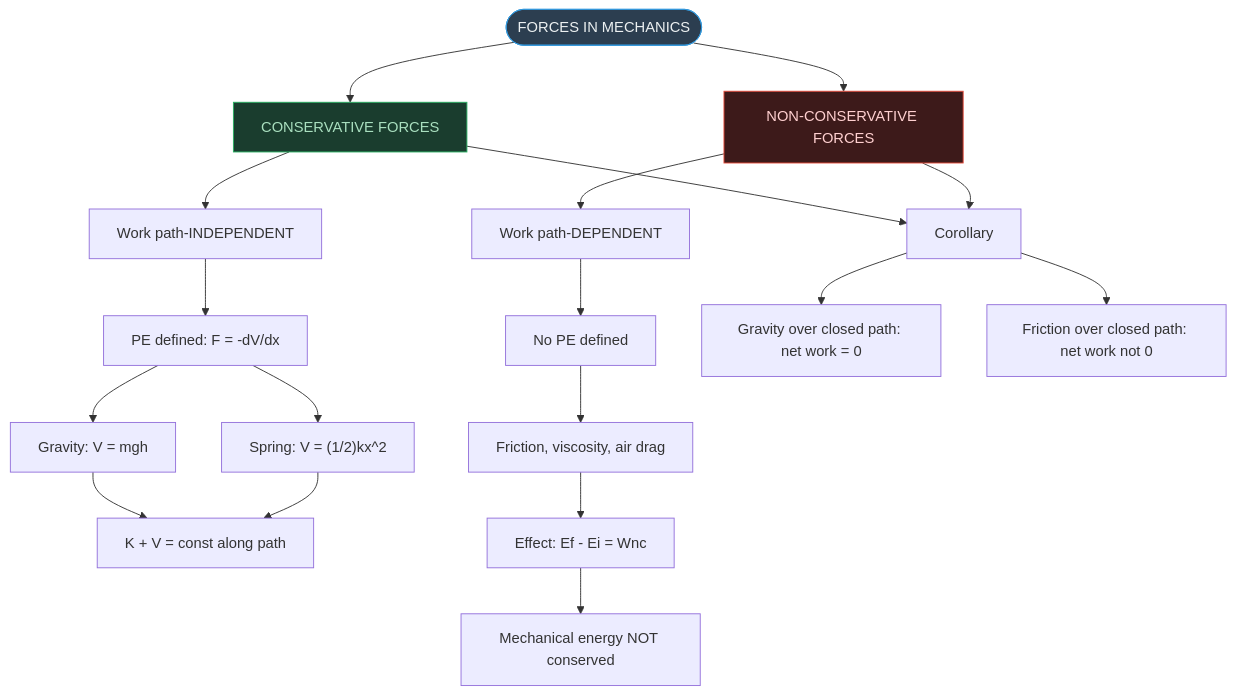
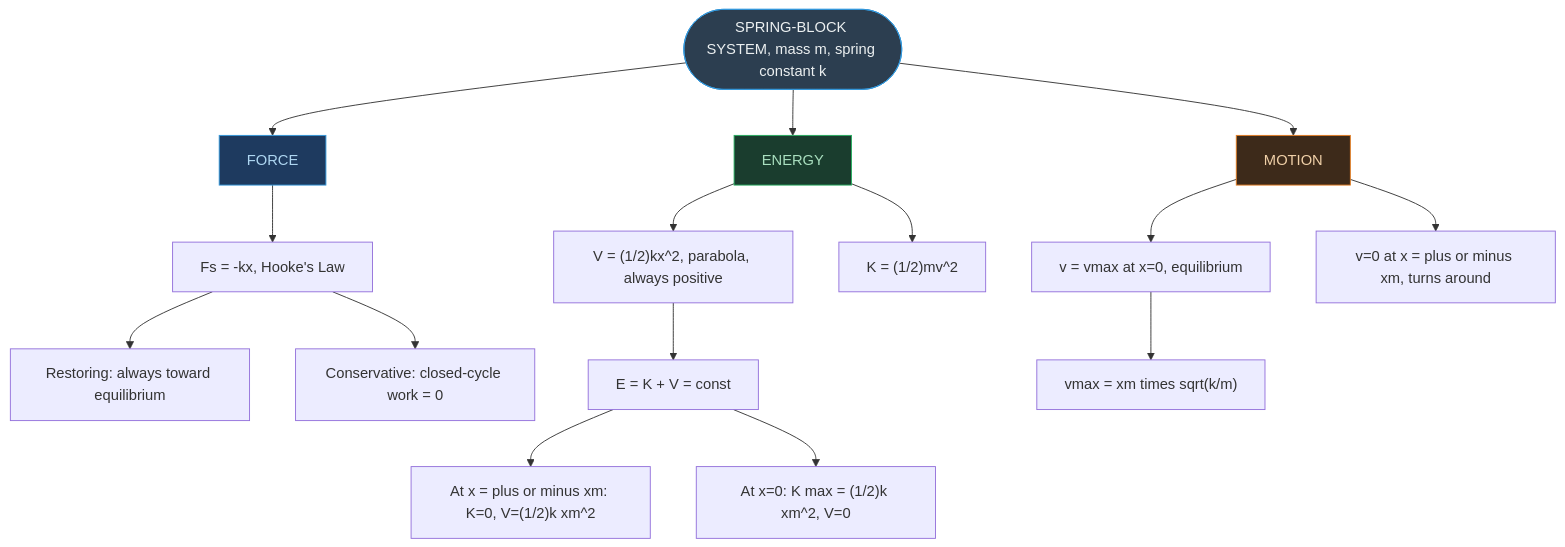
The sixth of 8 diagrams in AI-NOTES/PHYSICS/PHYSICS05-WORK_ENERGY_AND_POWER/PHYSICS05-WORK_ENERGY_AND_POWER-CNOTES.md (fsr-science/NCERT-Science), drawn with Mermaid before and after one commit. The commit also changed other lines of this file and 3 other files, not shown here.

````diff
--- a/AI-NOTES/PHYSICS/PHYSICS05-WORK_ENERGY_AND_POWER/PHYSICS05-WORK_ENERGY_AND_POWER-CNOTES.md
+++ b/AI-NOTES/PHYSICS/PHYSICS05-WORK_ENERGY_AND_POWER/PHYSICS05-WORK_ENERGY_AND_POWER-CNOTES.md
@@ -258,29 +289,26 @@
 ```mermaid
 flowchart TD
-    ROOT(["FORCES IN MECHANICS"])
+    ROOT(["SPRING-BLOCK SYSTEM, mass m, spring constant k"])
+    ROOT --> FORCE["FORCE"]
+    ROOT --> ENERGY["ENERGY"]
+    ROOT --> MOTION["MOTION"]
 
-    ROOT --> CON["CONSERVATIVE FORCES"]
-    ROOT --> NCON["NON-CONSERVATIVE FORCES"]
+    FORCE --> FORCE1["Fs = -kx, Hooke's Law"]
+    FORCE1 --> FORCE2["Restoring: always toward equilibrium"]
+    FORCE1 --> FORCE3["Conservative: closed-cycle work = 0"]
 
-    CON --> CON1["Work path-INDEPENDENT"]
-    CON1 --> CON2["PE defined: F = -dV/dx"]
-    CON2 --> CON3["Gravity: V = mgh"]
-    CON2 --> CON4["Spring: V = (1/2)kx^2"]
-    CON3 --> CON5["K + V = const along path"]
-    CON4 --> CON5
+    ENERGY --> ENERGY1["V = (1/2)kx^2, parabola, always positive"]
+    ENERGY --> ENERGY2["K = (1/2)mv^2"]
+    ENERGY1 --> ENERGY3["E = K + V = const"]
+    ENERGY3 --> ENERGY4["At x = plus or minus xm: K=0, V=(1/2)k xm^2"]
+    ENERGY3 --> ENERGY5["At x=0: K max = (1/2)k xm^2, V=0"]
 
-    NCON --> NCON1["Work path-DEPENDENT"]
-    NCON1 --> NCON2["No PE defined"]
-    NCON2 --> NCON3["Friction, viscosity, air drag"]
-    NCON3 --> NCON4["Effect: Ef - Ei = Wnc"]
-    NCON4 --> NCON5["Mechanical energy NOT conserved"]
-
-    CON --> COROL["Corollary"]
-    NCON --> COROL
-    COROL --> COROL1["Gravity over closed path: net work = 0"]
-    COROL --> COROL2["Friction over closed path: net work not 0"]
+    MOTION --> MOTION1["v = vmax at x=0, equilibrium"]
+    MOTION1 --> MOTION2["vmax = xm times sqrt(k/m)"]
+    MOTION --> MOTION3["v=0 at x = plus or minus xm, turns around"]
 
     style ROOT fill:#2c3e50,color:#ecf0f1,stroke:#3498db
-    style CON fill:#1a3d2e,color:#a9dfbf,stroke:#27ae60
-    style NCON fill:#3d1a1a,color:#ffd0d0,stroke:#e74c3c
+    style FORCE fill:#1e3a5f,color:#aed6f1,stroke:#3498db
+    style ENERGY fill:#1a3d2e,color:#a9dfbf,stroke:#27ae60
+    style MOTION fill:#3d2a1a,color:#f0d0a8,stroke:#e67e22
 ```
````
